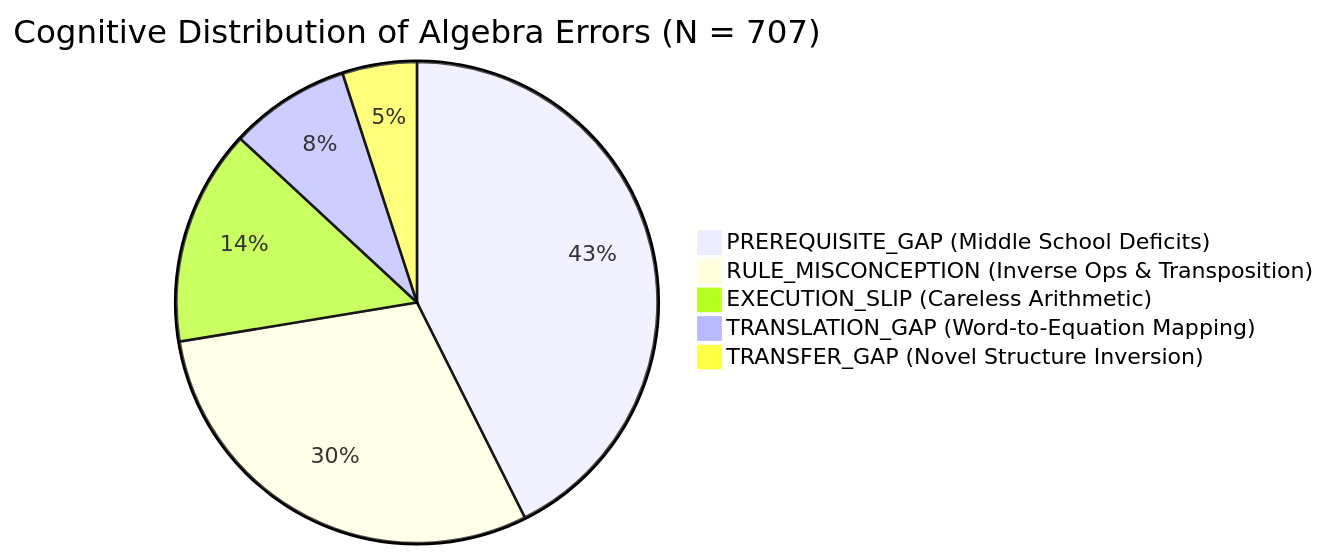
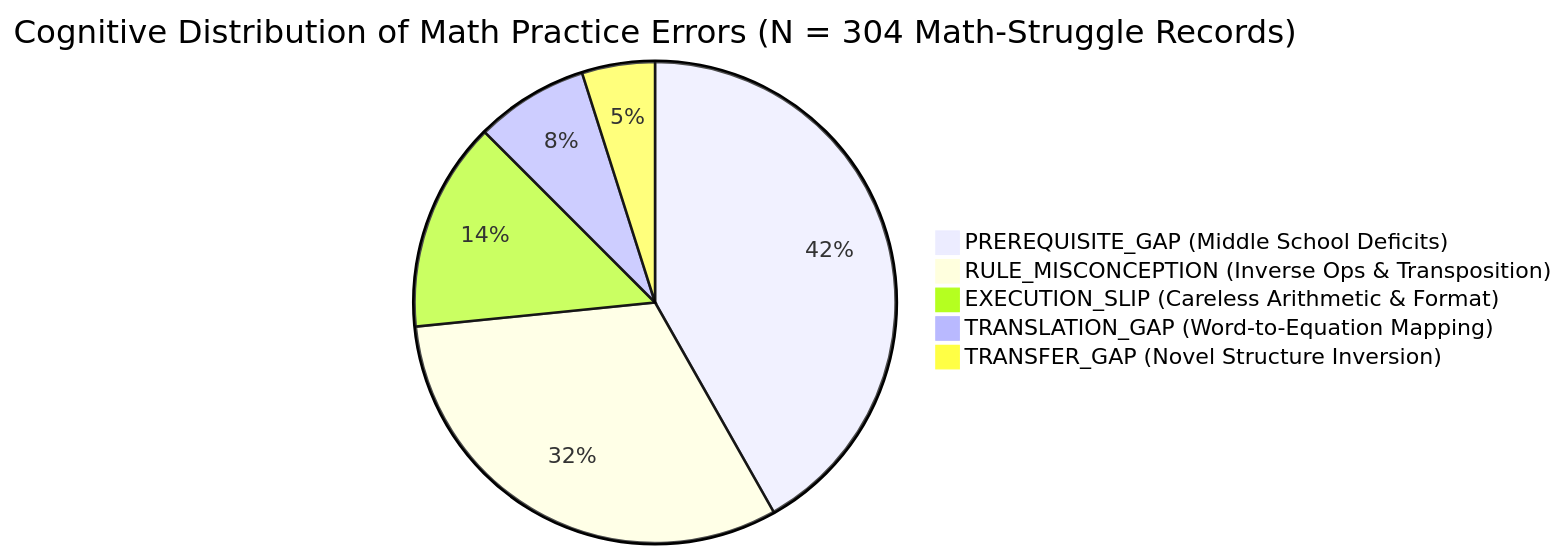
One commit to parassaini05/khan-academy-discovery-engine changed the second of 5 diagrams in docs/reports/khan_academy_learning_experience_case_study.md. Above: the diagram before and after it, drawn with Mermaid. The commit also changed other lines of this file and 7 other files, not shown here.

````diff
--- a/docs/reports/khan_academy_learning_experience_case_study.md
+++ b/docs/reports/khan_academy_learning_experience_case_study.md
@@ -101,8 +103,8 @@
 ```mermaid
-pie title Cognitive Distribution of Algebra Errors (N = 707)
-    "PREREQUISITE_GAP (Middle School Deficits)" : 42.6
-    "RULE_MISCONCEPTION (Inverse Ops & Transposition)" : 29.8
-    "EXECUTION_SLIP (Careless Arithmetic)" : 14.5
-    "TRANSLATION_GAP (Word-to-Equation Mapping)" : 8.1
-    "TRANSFER_GAP (Novel Structure Inversion)" : 5.0
+pie title Cognitive Distribution of Math Practice Errors (N = 304 Math-Struggle Records)
+    "PREREQUISITE_GAP (Middle School Deficits)" : 41.8
+    "RULE_MISCONCEPTION (Inverse Ops & Transposition)" : 31.6
+    "EXECUTION_SLIP (Careless Arithmetic & Format)" : 14.1
+    "TRANSLATION_GAP (Word-to-Equation Mapping)" : 7.6
+    "TRANSFER_GAP (Novel Structure Inversion)" : 4.9
 ```
````
